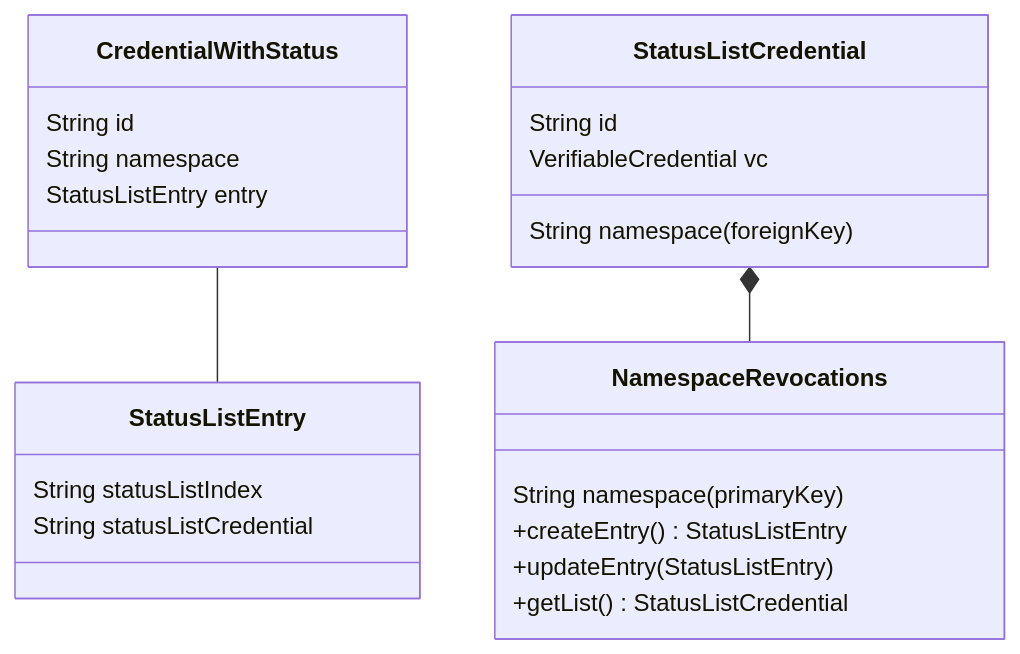
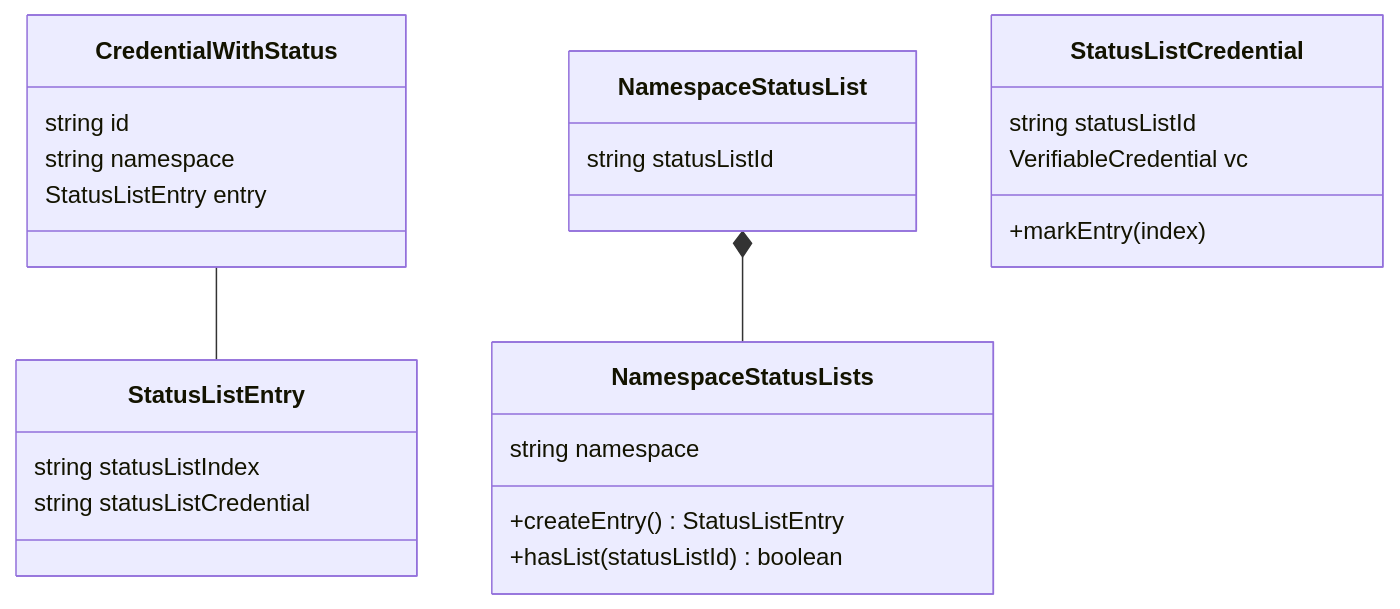
Before and after one commit to energywebfoundation/ssi-hub: the fourth of 4 diagrams in docs/revocation.md, drawn with Mermaid. The commit also changed other lines of this file, not shown here.

Commit message:
docs(revocation): split vc from namespace

````diff
--- a/docs/revocation.md
+++ b/docs/revocation.md
@@ -113,28 +113,29 @@
 ```mermaid
 classDiagram
 
 CredentialWithStatus -- StatusListEntry
 
 class CredentialWithStatus
-CredentialWithStatus : String id
-CredentialWithStatus : String namespace
+CredentialWithStatus : string id
+CredentialWithStatus : string namespace
 CredentialWithStatus : StatusListEntry entry
 
 class StatusListEntry
-StatusListEntry : String statusListIndex
-StatusListEntry : String statusListCredential
+StatusListEntry : string statusListIndex
+StatusListEntry : string statusListCredential
 
-StatusListCredential *-- NamespaceRevocations
+NamespaceStatusList *-- NamespaceStatusLists
 
-class NamespaceRevocations
+class NamespaceStatusLists
+NamespaceStatusLists : string namespace
+NamespaceStatusLists : +createEntry() StatusListEntry
+NamespaceStatusLists : +hasList(statusListId) boolean
 
-NamespaceRevocations : String namespace (primaryKey)
-NamespaceRevocations : +createEntry() StatusListEntry
-NamespaceRevocations : +updateEntry(StatusListEntry)
-NamespaceRevocations : +getList() StatusListCredential
+class NamespaceStatusList
+NamespaceStatusList : string statusListId
 
 class StatusListCredential
-StatusListCredential : String id
+StatusListCredential : string statusListId
 StatusListCredential : VerifiableCredential vc
-StatusListCredential : String namespace (foreignKey)
+StatusListCredential : +markEntry(index)
 ```
````
